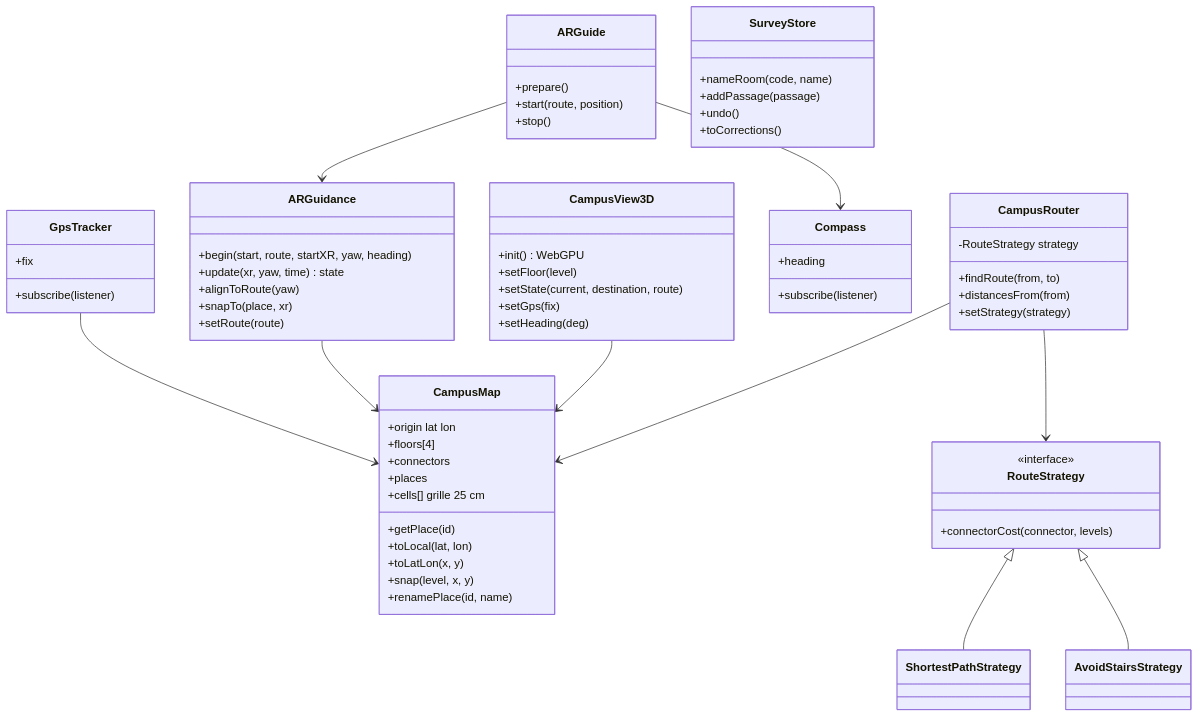
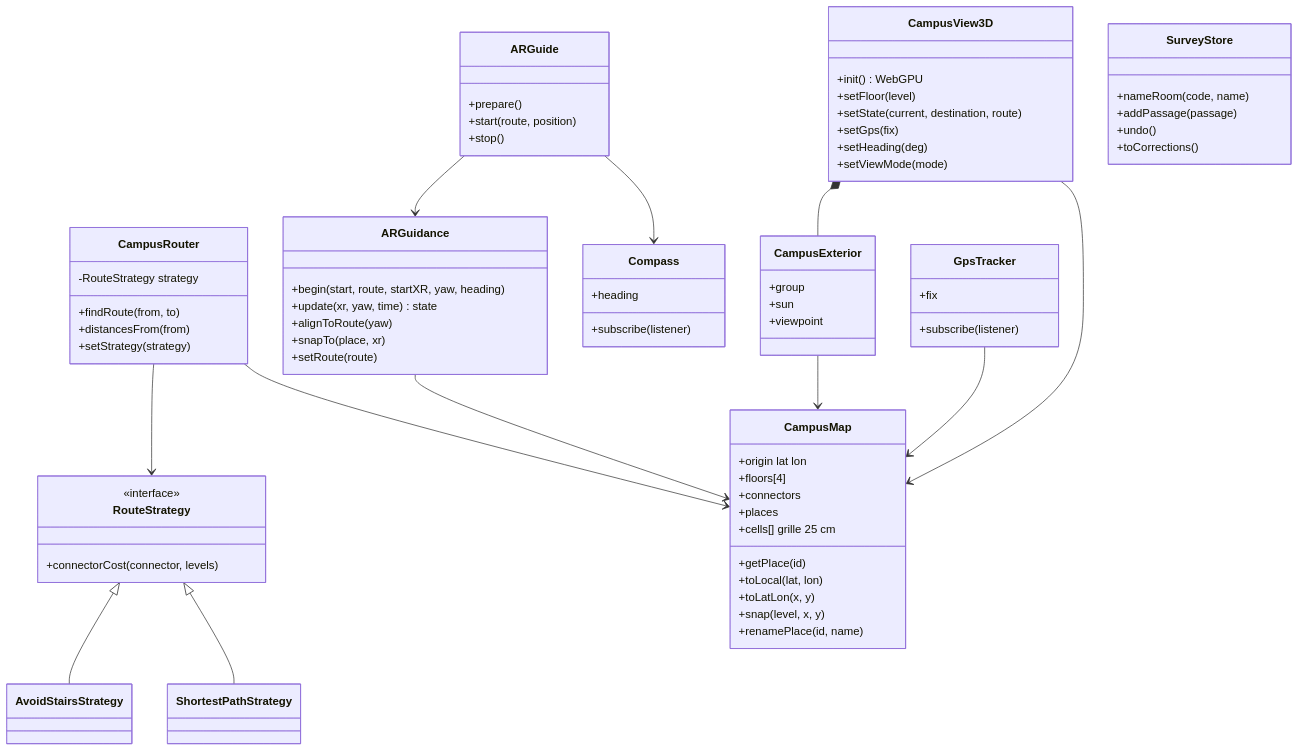
The fourth of 5 diagrams in docs/design-notebook.md (yessinomhiri-cpu/indoor-wayfinder), drawn with Mermaid before and after one commit. The commit also changed other lines of this file and 17 other files, not shown here.

First line of the commit message:
feat: real SUP'COM exterior in the Campus view (v3.7.0)

````diff
--- a/docs/design-notebook.md
+++ b/docs/design-notebook.md
@@ -156,69 +159,77 @@
 ```mermaid
 classDiagram
     class CampusMap {
         +origin lat lon
         +floors[4]
         +connectors
         +places
         +cells[] grille 25 cm
         +getPlace(id)
         +toLocal(lat, lon)
         +toLatLon(x, y)
         +snap(level, x, y)
         +renamePlace(id, name)
     }
     class CampusRouter {
         -RouteStrategy strategy
         +findRoute(from, to)
         +distancesFrom(from)
         +setStrategy(strategy)
     }
     class RouteStrategy {
         <<interface>>
         +connectorCost(connector, levels)
     }
     class ShortestPathStrategy
     class AvoidStairsStrategy
     class CampusView3D {
         +init() WebGPU
         +setFloor(level)
         +setState(current, destination, route)
         +setGps(fix)
         +setHeading(deg)
+        +setViewMode(mode)
+    }
+    class CampusExterior {
+        +group
+        +sun
+        +viewpoint
     }
     class ARGuide {
         +prepare()
         +start(route, position)
         +stop()
     }
     class ARGuidance {
         +begin(start, route, startXR, yaw, heading)
         +update(xr, yaw, time) state
         +alignToRoute(yaw)
         +snapTo(place, xr)
         +setRoute(route)
     }
     class Compass {
         +heading
         +subscribe(listener)
     }
     class GpsTracker {
         +fix
         +subscribe(listener)
     }
     class SurveyStore {
         +nameRoom(code, name)
         +addPassage(passage)
         +undo()
         +toCorrections()
     }
     CampusRouter --> CampusMap
     CampusRouter --> RouteStrategy
     RouteStrategy <|-- ShortestPathStrategy
     RouteStrategy <|-- AvoidStairsStrategy
     CampusView3D --> CampusMap
+    CampusView3D *-- CampusExterior
+    CampusExterior --> CampusMap
     ARGuide --> Compass
     ARGuide --> ARGuidance
     ARGuidance --> CampusMap
     GpsTracker --> CampusMap
 ```
````
